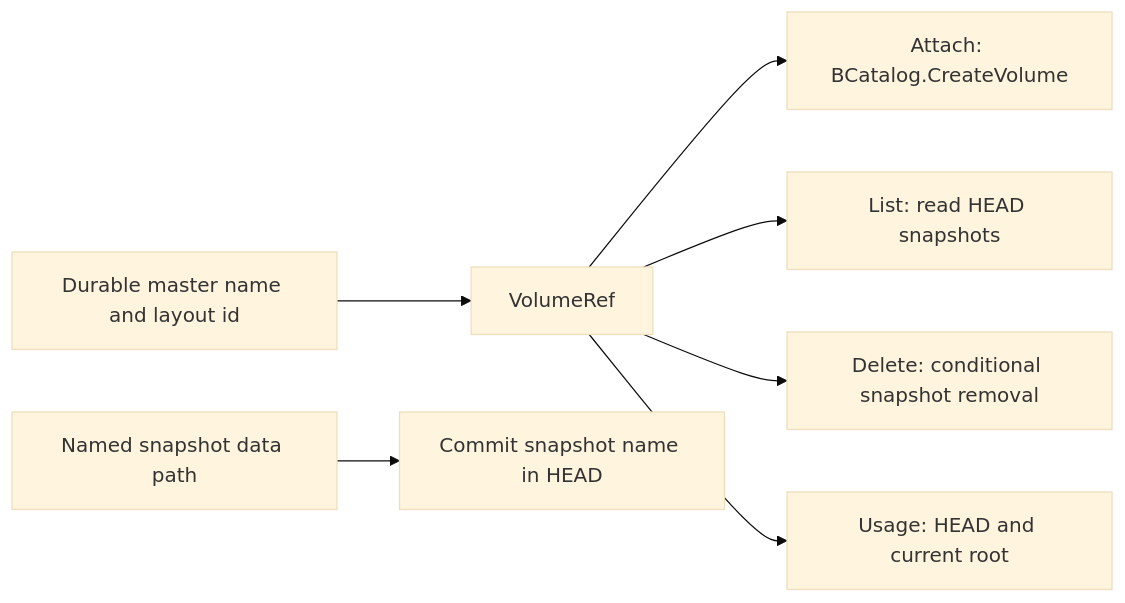
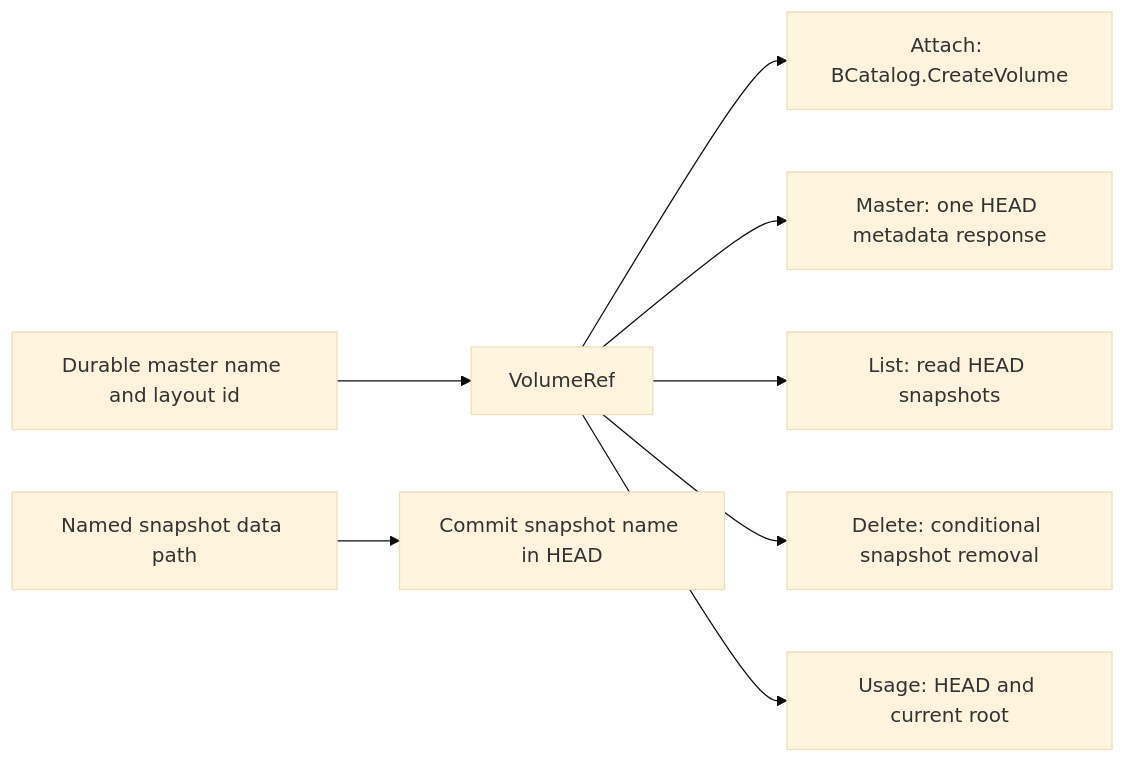
One commit to seaweedfs/seaweed-block changed the second of 12 diagrams in docs/design/agent-workspace-design.md. Above: the diagram before and after it, drawn with Mermaid (base theme). The commit also changed other lines of this file and 9 other files, not shown here.

Commit message:
change: read workspace HEAD proof from the master-identified layout

````diff
--- a/docs/design/agent-workspace-design.md
+++ b/docs/design/agent-workspace-design.md
@@ -118,9 +118,10 @@
 ```mermaid
 flowchart LR
   Master[Durable master name and layout id] --> Ref[VolumeRef]
   Ref --> Attach[Attach: BCatalog.CreateVolume]
+  Ref --> Evidence[Master: one HEAD metadata response]
   Ref --> List[List: read HEAD snapshots]
   Ref --> Delete[Delete: conditional snapshot removal]
   Ref --> Usage[Usage: HEAD and current root]
   Data[Named snapshot data path] --> Commit[Commit snapshot name in HEAD]
 ```
````
